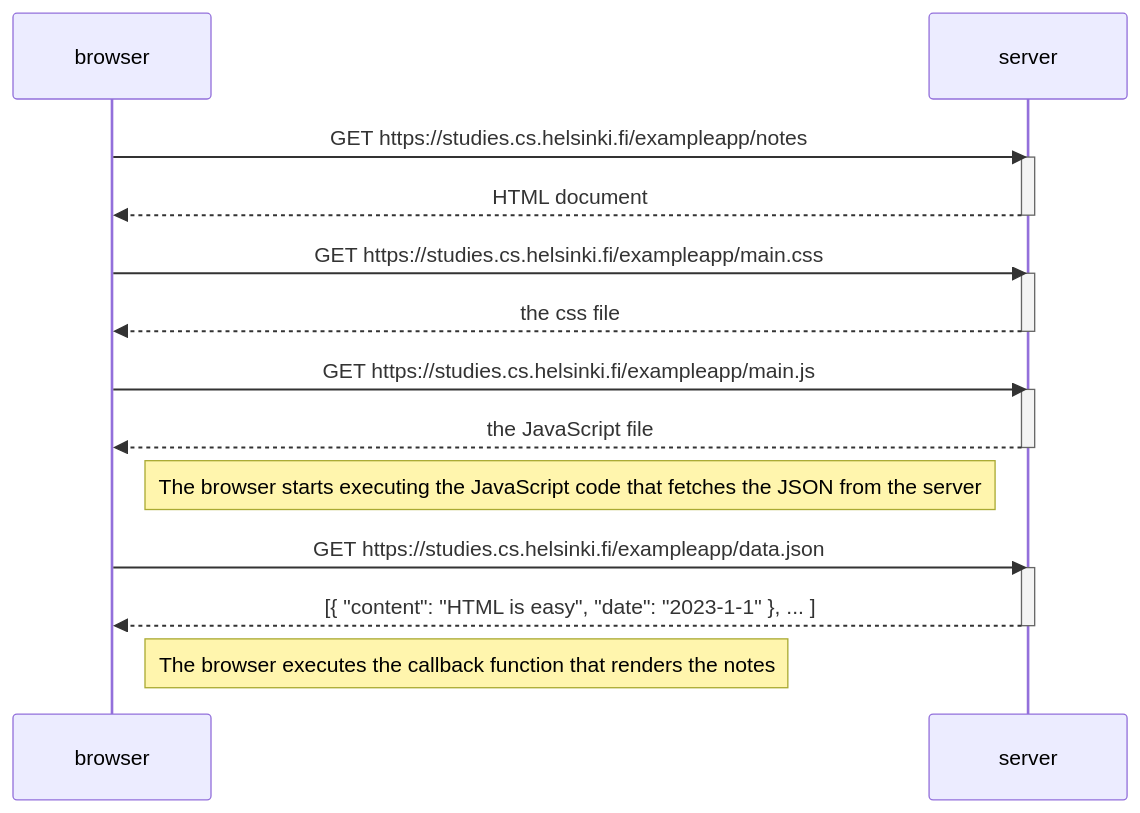
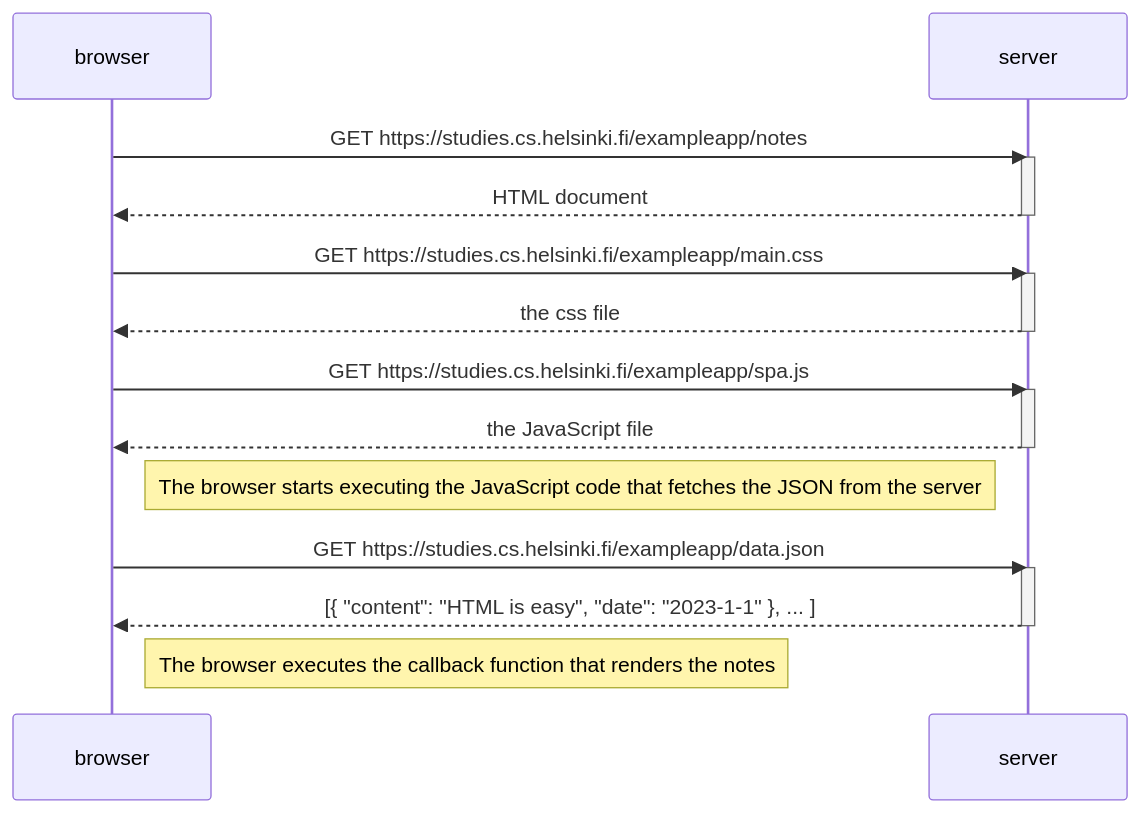
Before and after one commit to Tsion2116/full-stack-open-exercises: the diagram in part0/0.5:Single_page_app_diagram.mmd, drawn with Mermaid. The commit also changed 1 other file, not shown here.

```diff
--- a/part0/0.5:Single_page_app_diagram.mmd
+++ b/part0/0.5:Single_page_app_diagram.mmd
@@ -1,27 +1,27 @@
 sequenceDiagram
     participant browser
     participant server
 
     browser->>server: GET https://studies.cs.helsinki.fi/exampleapp/notes
     activate server
     server-->>browser: HTML document
     deactivate server
 
     browser->>server: GET https://studies.cs.helsinki.fi/exampleapp/main.css
     activate server
     server-->>browser: the css file
     deactivate server
 
-    browser->>server: GET https://studies.cs.helsinki.fi/exampleapp/main.js
+    browser->>server: GET https://studies.cs.helsinki.fi/exampleapp/spa.js
     activate server
     server-->>browser: the JavaScript file
     deactivate server
 
     Note right of browser: The browser starts executing the JavaScript code that fetches the JSON from the server
 
     browser->>server: GET https://studies.cs.helsinki.fi/exampleapp/data.json
     activate server
     server-->>browser: [{ "content": "HTML is easy", "date": "2023-1-1" }, ... ]
     deactivate server
 
     Note right of browser: The browser executes the callback function that renders the notes
```
